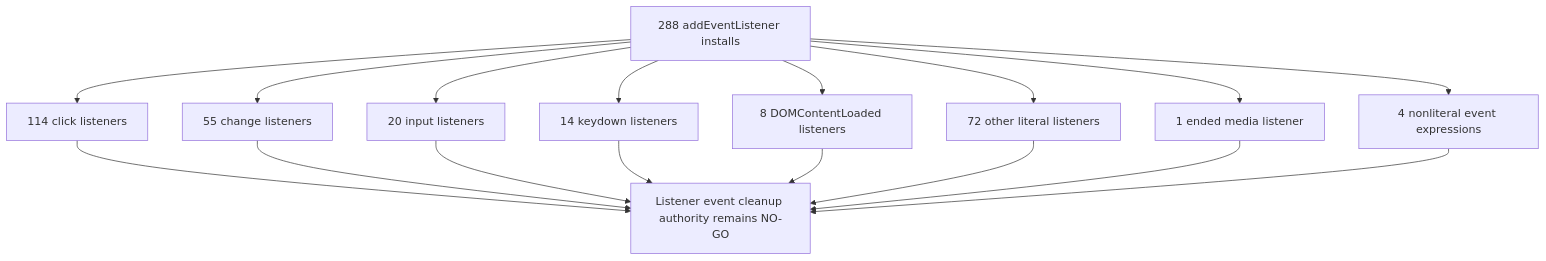
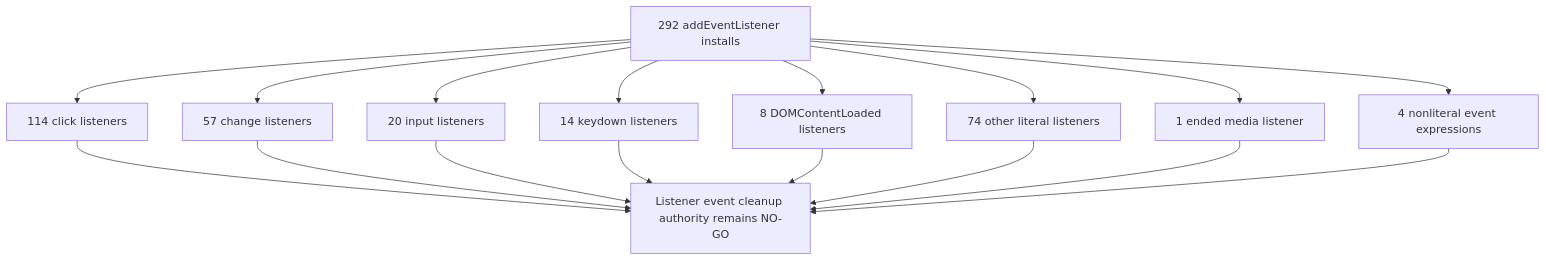
The third of 47 diagrams in docs/audit/FILTERTUBE_LIFECYCLE_INSTANCE_REGISTER_2026-05-18.md (varshneydevansh/FilterTube), drawn with Mermaid before and after one commit. The commit also changed other lines of this file and 8 other files, not shown here.

````diff
--- a/docs/audit/FILTERTUBE_LIFECYCLE_INSTANCE_REGISTER_2026-05-18.md
+++ b/docs/audit/FILTERTUBE_LIFECYCLE_INSTANCE_REGISTER_2026-05-18.md
@@ -270,19 +270,19 @@
 ```mermaid
 flowchart TD
-  A["288 addEventListener installs"] --> B["114 click listeners"]
-  A --> C["55 change listeners"]
+  A["292 addEventListener installs"] --> B["114 click listeners"]
+  A --> C["57 change listeners"]
   A --> D["20 input listeners"]
   A --> E["14 keydown listeners"]
   A --> F["8 DOMContentLoaded listeners"]
-  A --> G["72 other literal listeners"]
+  A --> G["74 other literal listeners"]
   A --> H["1 ended media listener"]
   A --> I["4 nonliteral event expressions"]
   B --> J["Listener event cleanup authority remains NO-GO"]
   C --> J
   D --> J
   E --> J
   F --> J
   G --> J
   H --> J
   I --> J
 ```
````
